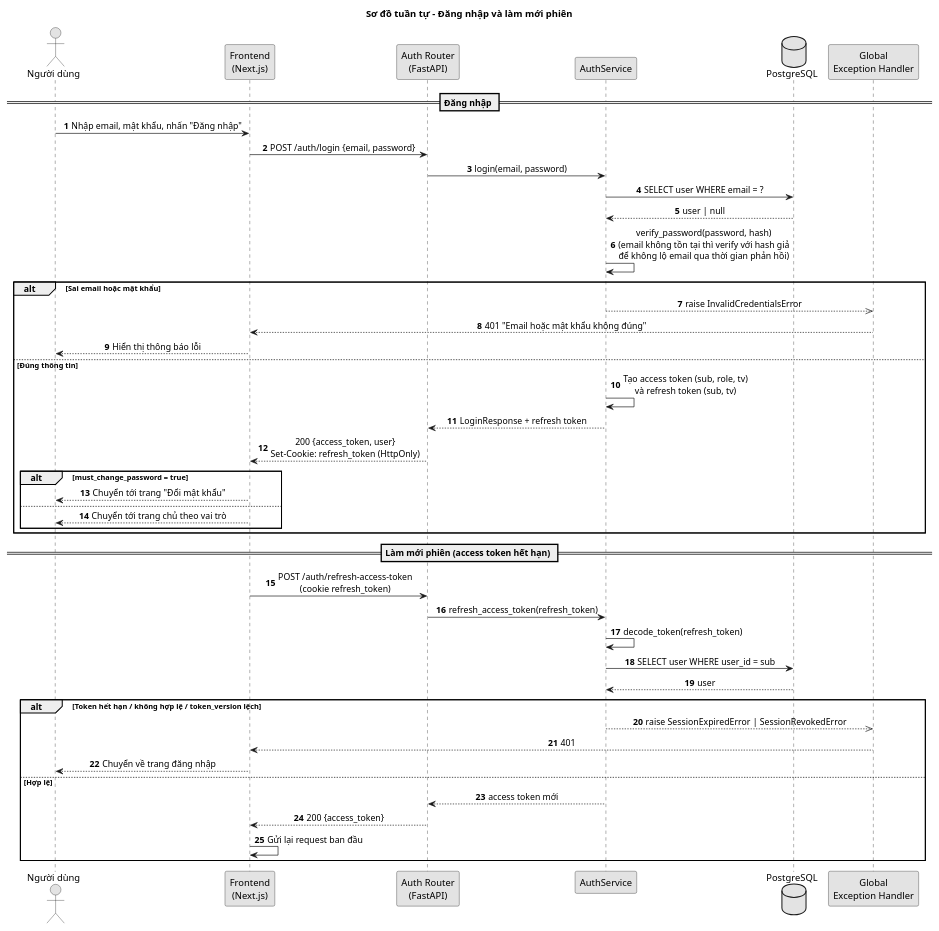
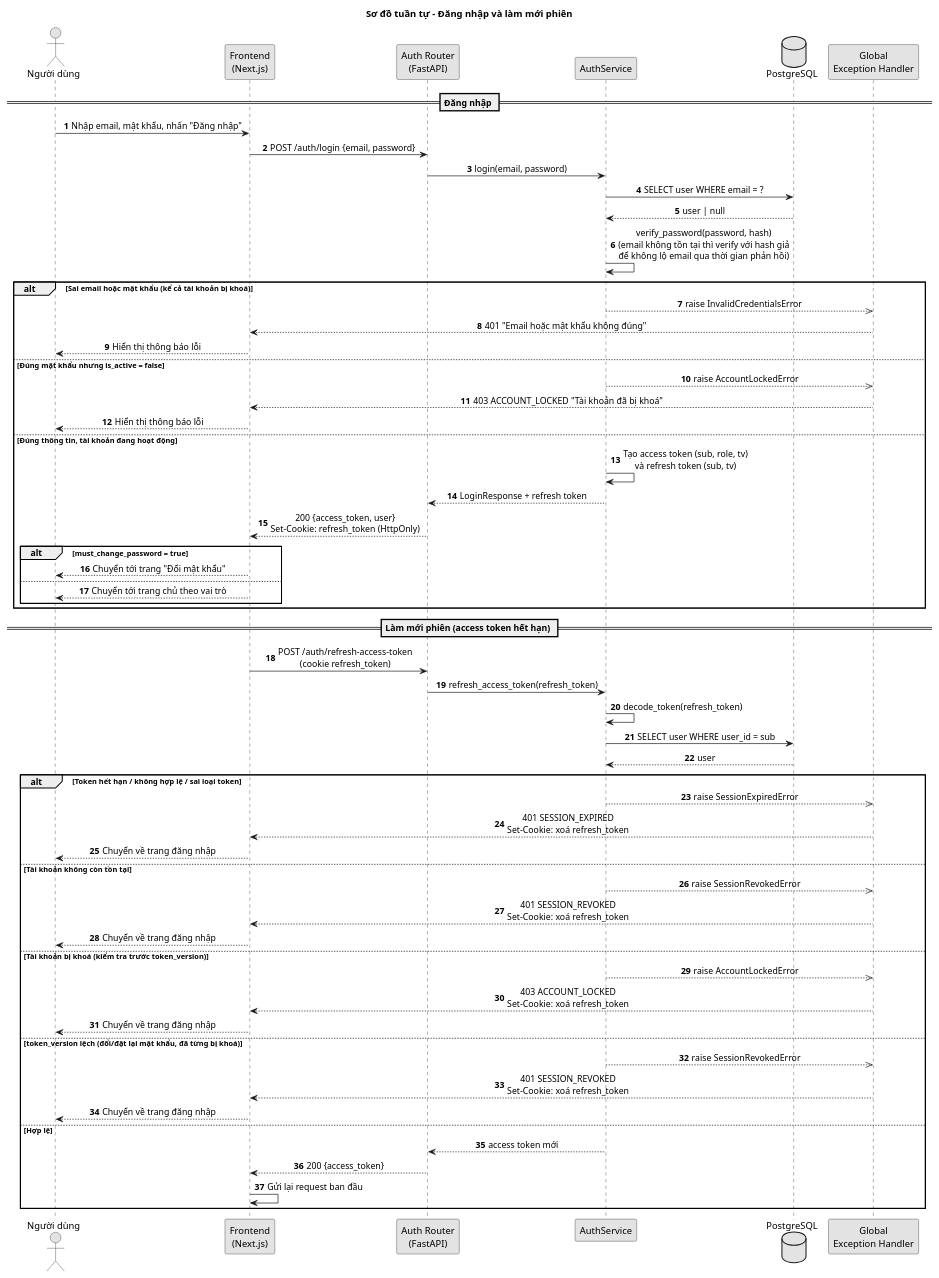
One commit to dinhnhathuyennhan/leet-code-utc2 changed the diagram in docs/diagrams/sequence/sequence-login.puml. Above: the diagram before and after it, drawn with PlantUML. The commit also changed 21 other files, not shown here.

Commit message:
docs: sync API contracts, use cases and diagrams with account, class and grading changes

```diff
--- a/docs/diagrams/sequence/sequence-login.puml
+++ b/docs/diagrams/sequence/sequence-login.puml
@@ -1,57 +1,73 @@
 @startuml sequence-login
 ' Đăng nhập + làm mới phiên, theo backend/app/api/auth.py và modules/auth/service.py
 skinparam shadowing false
 skinparam monochrome true
 skinparam defaultFontName Arial
 skinparam sequenceMessageAlign center
 autonumber
 
 title Sơ đồ tuần tự - Đăng nhập và làm mới phiên
 
 actor "Người dùng" as U
 participant "Frontend\n(Next.js)" as FE
 participant "Auth Router\n(FastAPI)" as R
 participant "AuthService" as S
 database "PostgreSQL" as DB
 participant "Global\nException Handler" as EH
 
 == Đăng nhập ==
 U -> FE : Nhập email, mật khẩu, nhấn "Đăng nhập"
 FE -> R : POST /auth/login {email, password}
 R -> S : login(email, password)
 S -> DB : SELECT user WHERE email = ?
 DB --> S : user | null
 S -> S : verify_password(password, hash)\n(email không tồn tại thì verify với hash giả\nđể không lộ email qua thời gian phản hồi)
 
-alt Sai email hoặc mật khẩu
+alt Sai email hoặc mật khẩu (kể cả tài khoản bị khoá)
   S -->> EH : raise InvalidCredentialsError
   EH --> FE : 401 "Email hoặc mật khẩu không đúng"
   FE --> U : Hiển thị thông báo lỗi
-else Đúng thông tin
+else Đúng mật khẩu nhưng is_active = false
+  S -->> EH : raise AccountLockedError
+  EH --> FE : 403 ACCOUNT_LOCKED "Tài khoản đã bị khoá"
+  FE --> U : Hiển thị thông báo lỗi
+else Đúng thông tin, tài khoản đang hoạt động
   S -> S : Tạo access token (sub, role, tv)\nvà refresh token (sub, tv)
   S --> R : LoginResponse + refresh token
   R --> FE : 200 {access_token, user}\nSet-Cookie: refresh_token (HttpOnly)
   alt must_change_password = true
     FE --> U : Chuyển tới trang "Đổi mật khẩu"
   else
     FE --> U : Chuyển tới trang chủ theo vai trò
   end
 end
 
 == Làm mới phiên (access token hết hạn) ==
 FE -> R : POST /auth/refresh-access-token\n(cookie refresh_token)
 R -> S : refresh_access_token(refresh_token)
 S -> S : decode_token(refresh_token)
 S -> DB : SELECT user WHERE user_id = sub
 DB --> S : user
-alt Token hết hạn / không hợp lệ / token_version lệch
-  S -->> EH : raise SessionExpiredError | SessionRevokedError
-  EH --> FE : 401
+alt Token hết hạn / không hợp lệ / sai loại token
+  S -->> EH : raise SessionExpiredError
+  EH --> FE : 401 SESSION_EXPIRED\nSet-Cookie: xoá refresh_token
+  FE --> U : Chuyển về trang đăng nhập
+else Tài khoản không còn tồn tại
+  S -->> EH : raise SessionRevokedError
+  EH --> FE : 401 SESSION_REVOKED\nSet-Cookie: xoá refresh_token
+  FE --> U : Chuyển về trang đăng nhập
+else Tài khoản bị khoá (kiểm tra trước token_version)
+  S -->> EH : raise AccountLockedError
+  EH --> FE : 403 ACCOUNT_LOCKED\nSet-Cookie: xoá refresh_token
+  FE --> U : Chuyển về trang đăng nhập
+else token_version lệch (đổi/đặt lại mật khẩu, đã từng bị khoá)
+  S -->> EH : raise SessionRevokedError
+  EH --> FE : 401 SESSION_REVOKED\nSet-Cookie: xoá refresh_token
   FE --> U : Chuyển về trang đăng nhập
 else Hợp lệ
   S --> R : access token mới
   R --> FE : 200 {access_token}
   FE -> FE : Gửi lại request ban đầu
 end
 
 @enduml
```
